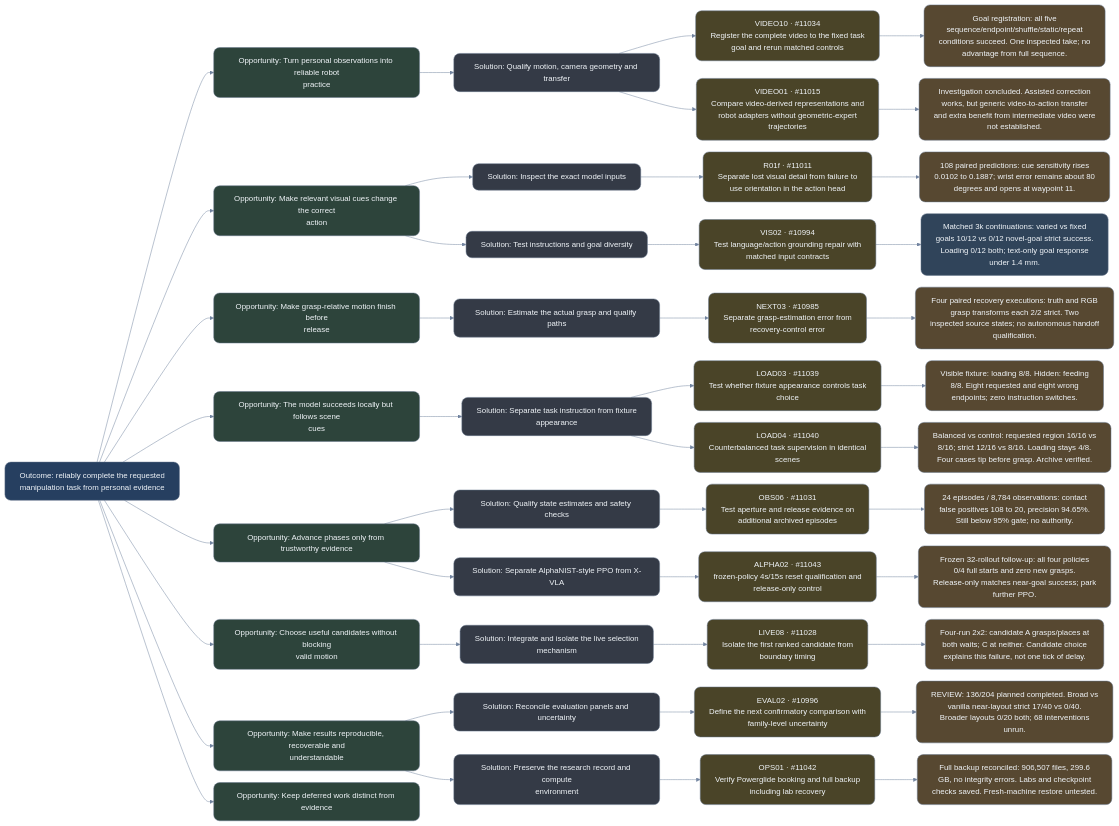
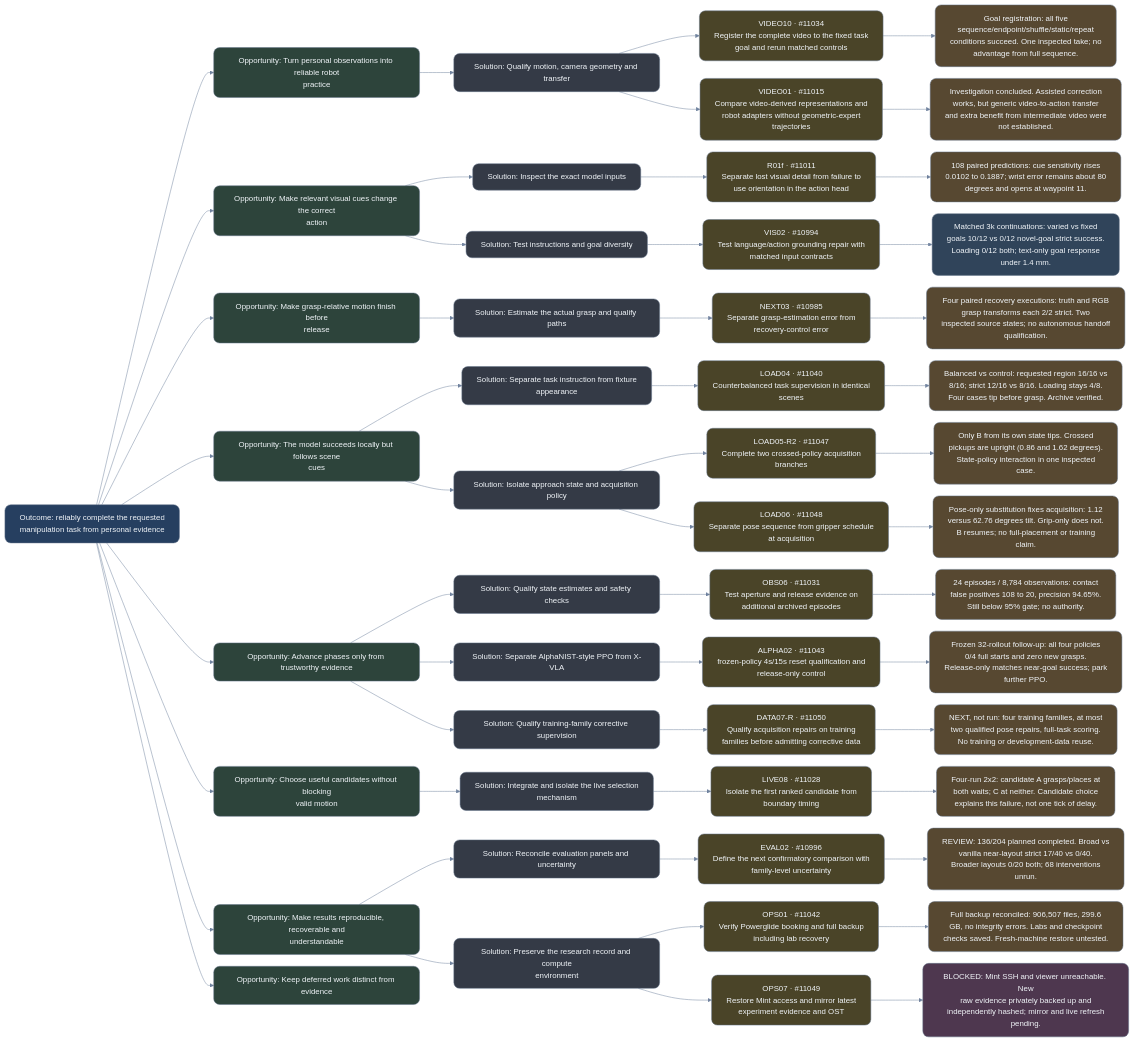
The diagram in experiment-history/2026-10-14-ost/overview.mmd (NatMota/typhon-robotics), drawn with Mermaid before and after one commit. The commit also changed 32 other files, not shown here.

Commit message:
docs: seal acquisition findings and queue training-family qualification in OST

```diff
--- a/experiment-history/2026-10-14-ost/overview.mmd
+++ b/experiment-history/2026-10-14-ost/overview.mmd
@@ -1,123 +1,142 @@
 %%{init: {"theme": "base", "securityLevel": "loose", "fontFamily": "Arial, sans-serif", "fontSize": 18, "markdownAutoWrap": false, "flowchart": {"htmlLabels": false, "curve": "basis", "nodeSpacing": 24, "rankSpacing": 70, "wrappingWidth": 360}, "themeVariables": {"primaryTextColor": "#edf2f7", "lineColor": "#71849f", "background": "#0b1220"}}}%%
 flowchart LR
 OUT["Outcome: reliably complete the requested<br/>manipulation task from personal evidence"]:::outcome
 O_data["Opportunity: Turn personal observations into reliable robot<br/>practice"]:::opportunity
 OUT --> O_data
 O_data_S4["Solution: Qualify motion, camera geometry and transfer"]:::solution
 O_data --> O_data_S4
 T11034["VIDEO10 · #11034<br/>Register the complete video to the fixed task<br/>goal and rerun matched controls"]:::experiment
 O_data_S4 --> T11034
 R11034["Goal registration: all five<br/>sequence/endpoint/shuffle/static/repeat<br/>conditions succeed. One inspected take; no<br/>advantage from full sequence."]:::mixed
 T11034 --> R11034
 click T11034 "http://127.0.0.1:4001/?project=typhon-research#ticket=11034" "Open research ticket" _blank
 T11015["VIDEO01 · #11015<br/>Compare video-derived representations and<br/>robot adapters without geometric-expert<br/>trajectories"]:::experiment
 O_data_S4 --> T11015
 R11015["Investigation concluded. Assisted correction<br/>works, but generic video-to-action transfer<br/>and extra benefit from intermediate video were<br/>not established."]:::mixed
 T11015 --> R11015
 click T11015 "http://127.0.0.1:4001/?project=typhon-research#ticket=11015" "Open research ticket" _blank
 
 OUT["Outcome: reliably complete the requested<br/>manipulation task from personal evidence"]:::outcome
 O_perception["Opportunity: Make relevant visual cues change the correct<br/>action"]:::opportunity
 OUT --> O_perception
 O_perception_S0["Solution: Inspect the exact model inputs"]:::solution
 O_perception --> O_perception_S0
 T11011["R01f · #11011<br/>Separate lost visual detail from failure to<br/>use orientation in the action head"]:::experiment
 O_perception_S0 --> T11011
 R11011["108 paired predictions: cue sensitivity rises<br/>0.0102 to 0.1887; wrist error remains about 80<br/>degrees and opens at waypoint 11."]:::mixed
 T11011 --> R11011
 click T11011 "http://127.0.0.1:4001/?project=typhon-research#ticket=11011" "Open research ticket" _blank
 O_perception_S1["Solution: Test instructions and goal diversity"]:::solution
 O_perception --> O_perception_S1
 T10994["VIS02 · #10994<br/>Test language/action grounding repair with<br/>matched input contracts"]:::experiment
 O_perception_S1 --> T10994
 R10994["Matched 3k continuations: varied vs fixed<br/>goals 10/12 vs 0/12 novel-goal strict success.<br/>Loading 0/12 both; text-only goal response<br/>under 1.4 mm."]:::pending
 T10994 --> R10994
 click T10994 "http://127.0.0.1:4001/?project=typhon-research#ticket=10994" "Open research ticket" _blank
 
 OUT["Outcome: reliably complete the requested<br/>manipulation task from personal evidence"]:::outcome
 O_execution["Opportunity: Make grasp-relative motion finish before<br/>release"]:::opportunity
 OUT --> O_execution
 O_execution_S1["Solution: Estimate the actual grasp and qualify paths"]:::solution
 O_execution --> O_execution_S1
 T10985["NEXT03 · #10985<br/>Separate grasp-estimation error from<br/>recovery-control error"]:::experiment
 O_execution_S1 --> T10985
 R10985["Four paired recovery executions: truth and RGB<br/>grasp transforms each 2/2 strict. Two<br/>inspected source states; no autonomous handoff<br/>qualification."]:::mixed
 T10985 --> R10985
 click T10985 "http://127.0.0.1:4001/?project=typhon-research#ticket=10985" "Open research ticket" _blank
 
 OUT["Outcome: reliably complete the requested<br/>manipulation task from personal evidence"]:::outcome
 O_generalisation["Opportunity: The model succeeds locally but follows scene<br/>cues"]:::opportunity
 OUT --> O_generalisation
 O_generalisation_S3["Solution: Separate task instruction from fixture<br/>appearance"]:::solution
 O_generalisation --> O_generalisation_S3
-T11039["LOAD03 · #11039<br/>Test whether fixture appearance controls task<br/>choice"]:::experiment
-O_generalisation_S3 --> T11039
-R11039["Visible fixture: loading 8/8. Hidden: feeding<br/>8/8. Eight requested and eight wrong<br/>endpoints; zero instruction switches."]:::mixed
-T11039 --> R11039
-click T11039 "http://127.0.0.1:4001/?project=typhon-research#ticket=11039" "Open research ticket" _blank
 T11040["LOAD04 · #11040<br/>Counterbalanced task supervision in identical<br/>scenes"]:::experiment
 O_generalisation_S3 --> T11040
 R11040["Balanced vs control: requested region 16/16 vs<br/>8/16; strict 12/16 vs 8/16. Loading stays 4/8.<br/>Four cases tip before grasp. Archive verified."]:::mixed
 T11040 --> R11040
 click T11040 "http://127.0.0.1:4001/?project=typhon-research#ticket=11040" "Open research ticket" _blank
+O_generalisation_S4["Solution: Isolate approach state and acquisition policy"]:::solution
+O_generalisation --> O_generalisation_S4
+T11047["LOAD05-R2 · #11047<br/>Complete two crossed-policy acquisition<br/>branches"]:::experiment
+O_generalisation_S4 --> T11047
+R11047["Only B from its own state tips. Crossed<br/>pickups are upright (0.86 and 1.62 degrees).<br/>State-policy interaction in one inspected<br/>case."]:::mixed
+T11047 --> R11047
+click T11047 "http://127.0.0.1:4001/?project=typhon-research#ticket=11047" "Open research ticket" _blank
+T11048["LOAD06 · #11048<br/>Separate pose sequence from gripper schedule<br/>at acquisition"]:::experiment
+O_generalisation_S4 --> T11048
+R11048["Pose-only substitution fixes acquisition: 1.12<br/>versus 62.76 degrees tilt. Grip-only does not.<br/>B resumes; no full-placement or training<br/>claim."]:::mixed
+T11048 --> R11048
+click T11048 "http://127.0.0.1:4001/?project=typhon-research#ticket=11048" "Open research ticket" _blank
 
 OUT["Outcome: reliably complete the requested<br/>manipulation task from personal evidence"]:::outcome
 O_recovery["Opportunity: Advance phases only from trustworthy evidence"]:::opportunity
 OUT --> O_recovery
 O_recovery_S0["Solution: Qualify state estimates and safety checks"]:::solution
 O_recovery --> O_recovery_S0
 T11031["OBS06 · #11031<br/>Test aperture and release evidence on<br/>additional archived episodes"]:::experiment
 O_recovery_S0 --> T11031
 R11031["24 episodes / 8,784 observations: contact<br/>false positives 108 to 20, precision 94.65%.<br/>Still below 95% gate; no authority."]:::mixed
 T11031 --> R11031
 click T11031 "http://127.0.0.1:4001/?project=typhon-research#ticket=11031" "Open research ticket" _blank
 O_recovery_S3["Solution: Separate AlphaNIST-style PPO from X-VLA"]:::solution
 O_recovery --> O_recovery_S3
 T11043["ALPHA02 · #11043<br/>frozen-policy 4s/15s reset qualification and<br/>release-only control"]:::experiment
 O_recovery_S3 --> T11043
 R11043["Frozen 32-rollout follow-up: all four policies<br/>0/4 full starts and zero new grasps.<br/>Release-only matches near-goal success; park<br/>further PPO."]:::mixed
 T11043 --> R11043
 click T11043 "http://127.0.0.1:4001/?project=typhon-research#ticket=11043" "Open research ticket" _blank
+O_recovery_S4["Solution: Qualify training-family corrective supervision"]:::solution
+O_recovery --> O_recovery_S4
+T11050["DATA07-R · #11050<br/>Qualify acquisition repairs on training<br/>families before admitting corrective data"]:::experiment
+O_recovery_S4 --> T11050
+R11050["NEXT, not run: four training families, at most<br/>two qualified pose repairs, full-task scoring.<br/>No training or development-data reuse."]:::mixed
+T11050 --> R11050
+click T11050 "http://127.0.0.1:4001/?project=typhon-research#ticket=11050" "Open research ticket" _blank
 
 OUT["Outcome: reliably complete the requested<br/>manipulation task from personal evidence"]:::outcome
 O_compute["Opportunity: Choose useful candidates without blocking<br/>valid motion"]:::opportunity
 OUT --> O_compute
 O_compute_S1["Solution: Integrate and isolate the live selection<br/>mechanism"]:::solution
 O_compute --> O_compute_S1
 T11028["LIVE08 · #11028<br/>Isolate the first ranked candidate from<br/>boundary timing"]:::experiment
 O_compute_S1 --> T11028
 R11028["Four-run 2x2: candidate A grasps/places at<br/>both waits; C at neither. Candidate choice<br/>explains this failure, not one tick of delay."]:::mixed
 T11028 --> R11028
 click T11028 "http://127.0.0.1:4001/?project=typhon-research#ticket=11028" "Open research ticket" _blank
 
 OUT["Outcome: reliably complete the requested<br/>manipulation task from personal evidence"]:::outcome
 O_evidence["Opportunity: Make results reproducible, recoverable and<br/>understandable"]:::opportunity
 OUT --> O_evidence
 O_evidence_S0["Solution: Reconcile evaluation panels and uncertainty"]:::solution
 O_evidence --> O_evidence_S0
 T10996["EVAL02 · #10996<br/>Define the next confirmatory comparison with<br/>family-level uncertainty"]:::experiment
 O_evidence_S0 --> T10996
 R10996["REVIEW: 136/204 planned completed. Broad vs<br/>vanilla near-layout strict 17/40 vs 0/40.<br/>Broader layouts 0/20 both; 68 interventions<br/>unrun."]:::mixed
 T10996 --> R10996
 click T10996 "http://127.0.0.1:4001/?project=typhon-research#ticket=10996" "Open research ticket" _blank
 O_evidence_S1["Solution: Preserve the research record and compute<br/>environment"]:::solution
 O_evidence --> O_evidence_S1
 T11042["OPS01 · #11042<br/>Verify Powerglide booking and full backup<br/>including lab recovery"]:::experiment
 O_evidence_S1 --> T11042
 R11042["Full backup reconciled: 906,507 files, 299.6<br/>GB, no integrity errors. Labs and checkpoint<br/>checks saved. Fresh-machine restore untested."]:::mixed
 T11042 --> R11042
 click T11042 "http://127.0.0.1:4001/?project=typhon-research#ticket=11042" "Open research ticket" _blank
+T11049["OPS07 · #11049<br/>Restore Mint access and mirror latest<br/>experiment evidence and OST"]:::experiment
+O_evidence_S1 --> T11049
+R11049["BLOCKED: Mint SSH and viewer unreachable. New<br/>raw evidence privately backed up and<br/>independently hashed; mirror and live refresh<br/>pending."]:::blocked
+T11049 --> R11049
+click T11049 "http://127.0.0.1:4001/?project=typhon-research#ticket=11049" "Open research ticket" _blank
 
 OUT["Outcome: reliably complete the requested<br/>manipulation task from personal evidence"]:::outcome
 O_parked["Opportunity: Keep deferred work distinct from evidence"]:::opportunity
 OUT --> O_parked
 classDef outcome fill:#263f60,stroke:#64748b,color:#f1f5f9,rx:12,ry:12;
 classDef opportunity fill:#2d443b,stroke:#64748b,color:#f1f5f9,rx:12,ry:12;
 classDef solution fill:#343a46,stroke:#64748b,color:#f1f5f9,rx:12,ry:12;
 classDef experiment fill:#4a4428,stroke:#64748b,color:#f1f5f9,rx:12,ry:12;
 classDef evidence fill:#244a3d,stroke:#64748b,color:#f1f5f9,rx:12,ry:12;
 classDef mixed fill:#574831,stroke:#64748b,color:#f1f5f9,rx:12,ry:12;
 classDef negative fill:#56343c,stroke:#64748b,color:#f1f5f9,rx:12,ry:12;
 classDef pending fill:#30445a,stroke:#64748b,color:#f1f5f9,rx:12,ry:12;
 classDef blocked fill:#4e374f,stroke:#64748b,color:#f1f5f9,rx:12,ry:12;
 classDef parked fill:#373b42,stroke:#64748b,color:#f1f5f9,rx:12,ry:12;
```
